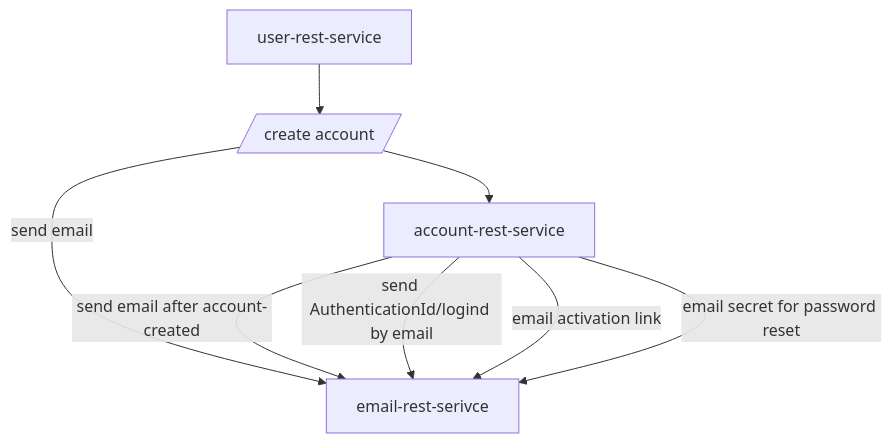
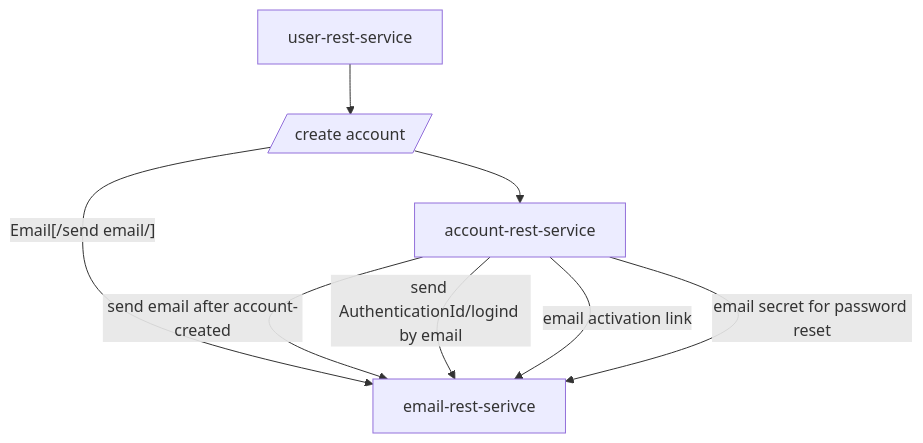
The diagram in README.md (sonamsamdupkhangsar/email-rest-service), drawn with Mermaid before and after one commit.

Commit message:
add mermaidms

````diff
--- a/README.md
+++ b/README.md
@@ -9,10 +9,9 @@
 ```mermaid
 flowchart TD
  User[user-rest-service] --> createAccount[/create account/] -->Account[account-rest-service]
- 
- createAccount--"send email"--> email[email-rest-serivce]
+ createAccount--Email[/send email/]--> email[email-rest-serivce]
  Account[account-rest-service] --"send email after account-created"--> email[email-rest-serivce]
  Account --"send AuthenticationId/logind by email"--> email
  Account --"email activation link"-->email
  Account --"email secret for password reset" -->email
 ```
````
